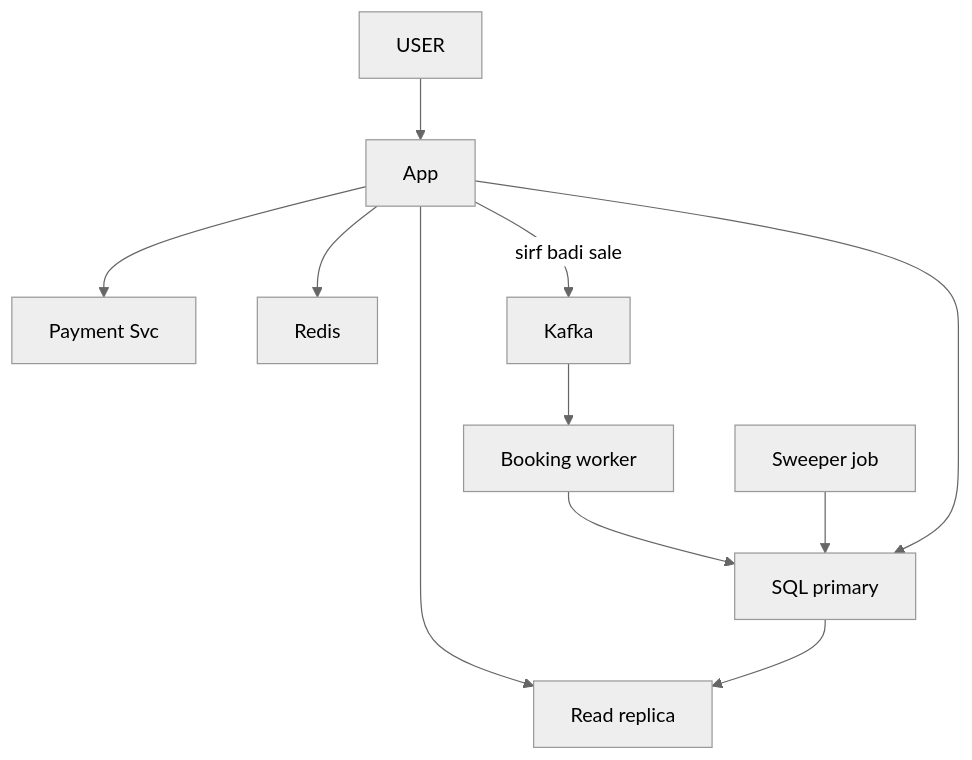
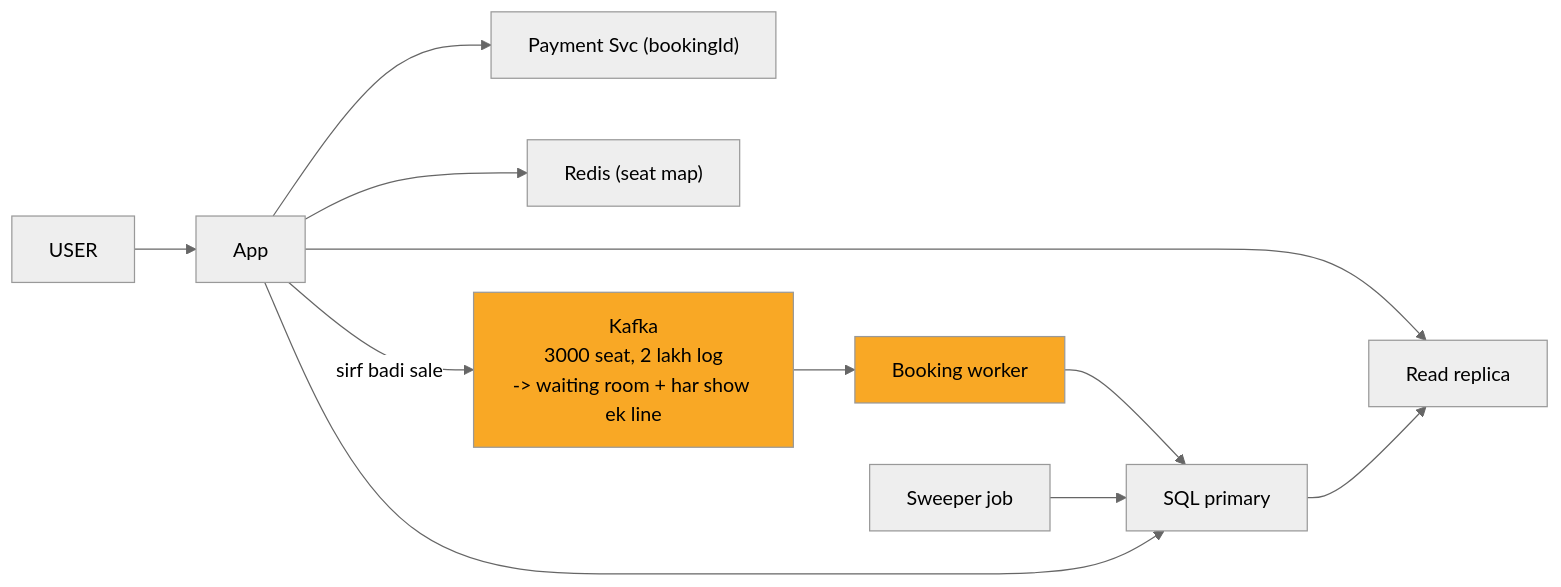
The sixth of 9 diagrams in 04_HLD/SYSTEM_DESIGNS/09_bookmyshow/09_bookmyshow_INTERVIEW.md (ArpanMaheshwari144/Prep), drawn with Mermaid (neutral theme) before and after one commit. The commit also changed other lines of this file and 2 other files, not shown here.

Commit message:
news, bookmyshow, cache: one-day story, short cards, follow-ups with rules, highlighted diagrams

````diff
--- a/04_HLD/SYSTEM_DESIGNS/09_bookmyshow/09_bookmyshow_INTERVIEW.md
+++ b/04_HLD/SYSTEM_DESIGNS/09_bookmyshow/09_bookmyshow_INTERVIEW.md
@@ -210,22 +213,24 @@
 ```mermaid
-flowchart TD
+flowchart LR
     n_USER["USER"]
     n_App["App"]
-    n_Payment_Svc["Payment Svc"]
-    n_Redis["Redis"]
+    n_Payment_Svc["Payment Svc (bookingId)"]
+    n_Redis["Redis (seat map)"]
     n_Read_replica["Read replica"]
-    n_Kafka["Kafka"]
+    n_Kafka["Kafka<br/>3000 seat, 2 lakh log<br/>-> waiting room + har show ek line"]
     n_Booking_worker["Booking worker"]
     n_SQL_primary["SQL primary"]
     n_Sweeper_job["Sweeper job"]
     n_USER --> n_App
     n_App --> n_Payment_Svc
     n_App --> n_Redis
     n_App --> n_Read_replica
     n_App -->|sirf badi sale| n_Kafka
     n_Kafka --> n_Booking_worker
     n_Booking_worker --> n_SQL_primary
     n_Sweeper_job --> n_SQL_primary
     n_App --> n_SQL_primary
     n_SQL_primary --> n_Read_replica
+    style n_Kafka fill:#f9a825,color:#000
+    style n_Booking_worker fill:#f9a825,color:#000
 ```
````
